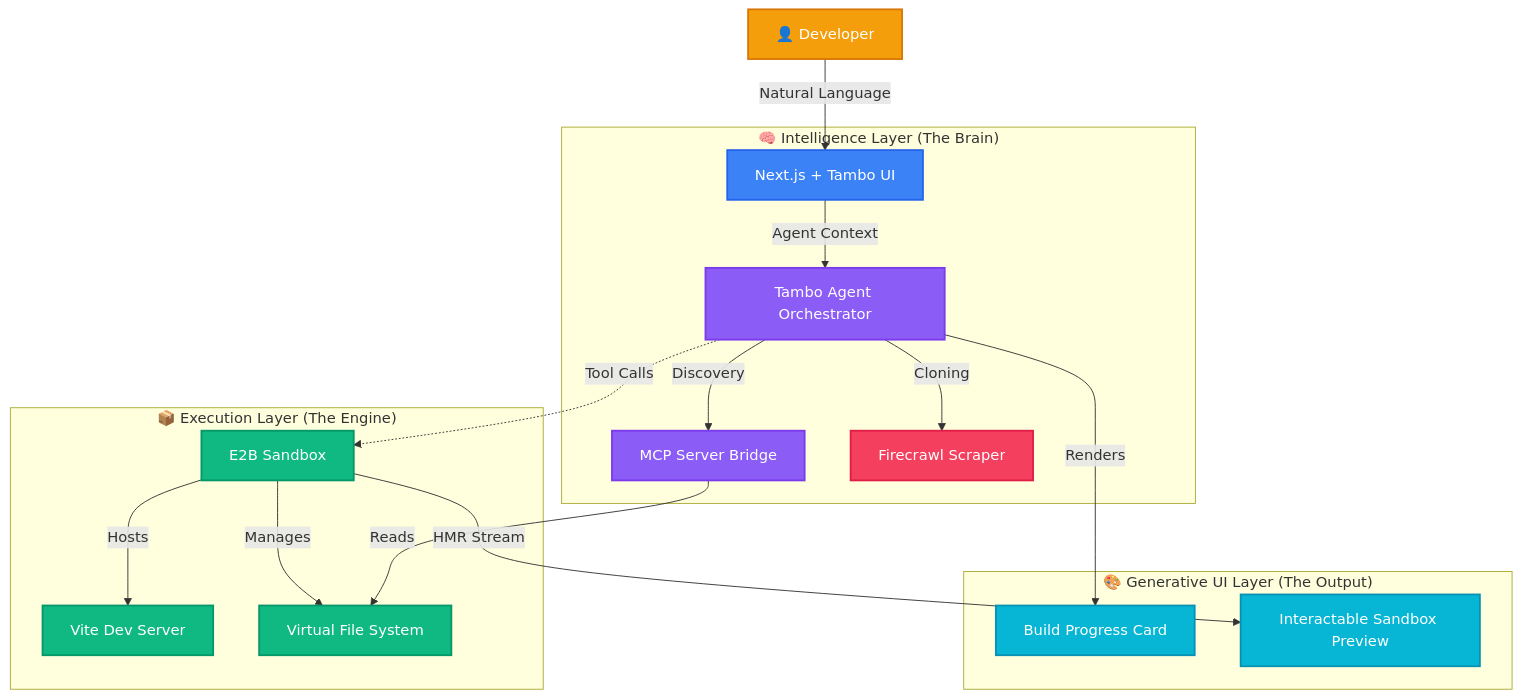
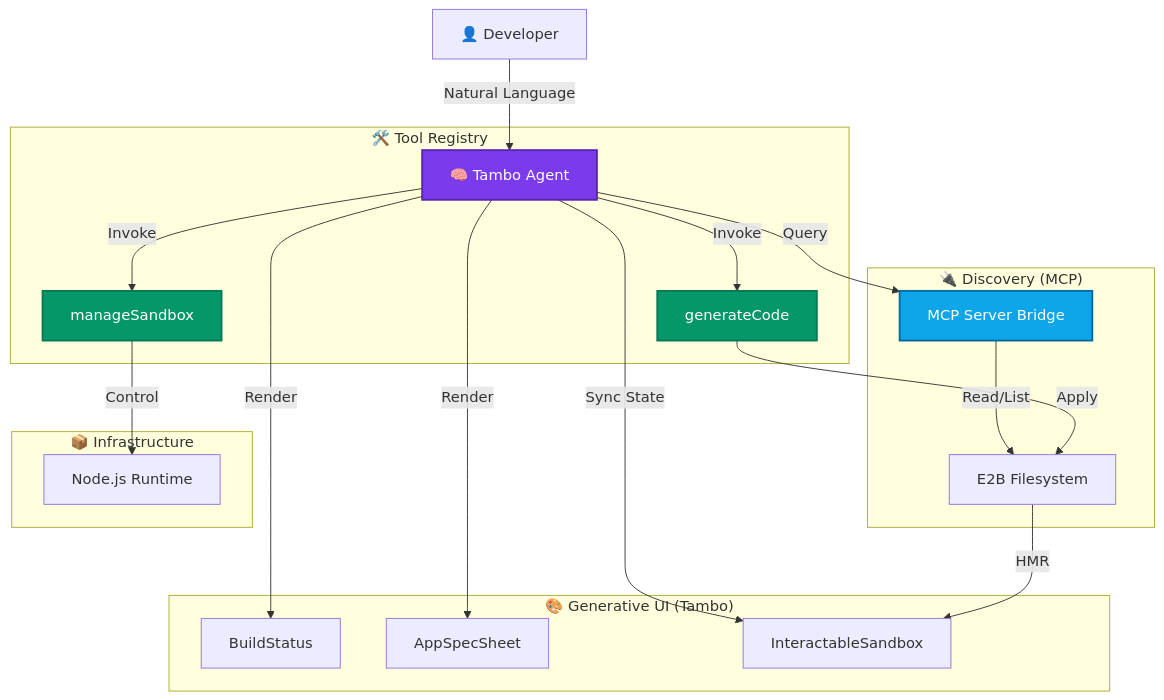
Before and after one commit to Sri-Krishna-V/Derived-WMD: the first of 2 diagrams in README.md, drawn with Mermaid. The commit also changed other lines of this file, not shown here.

````diff
--- a/README.md
+++ b/README.md
@@ -91,37 +91,34 @@
 ```mermaid
-graph TD
-    User[👤 Developer] -->|Natural Language| Frontend[Next.js + Tambo UI]
+graph TB
+    User[👤 Developer] -->|Natural Language| Agent[🧠 Tambo Agent]
     
-    subgraph "🧠 Intelligence Layer (The Brain)"
-        Frontend -->|Agent Context| TamboAgent[Tambo Agent Orchestrator]
-        TamboAgent -->|Discovery| MCP[MCP Server Bridge]
-        TamboAgent -->|Cloning| Firecrawl[Firecrawl Scraper]
+    subgraph "🛠️ Tool Registry"
+        Agent -->|Invoke| GC[generateCode]
+        Agent -->|Invoke| MS[manageSandbox]
     end
     
-    subgraph "📦 Execution Layer (The Engine)"
-        TamboAgent -.->|Tool Calls| E2B[E2B Sandbox]
-        E2B -->|Hosts| Vite[Vite Dev Server]
-        E2B -->|Manages| FS[Virtual File System]
-        MCP -->|Reads| FS
+    subgraph "🔌 Discovery (MCP)"
+        Agent -->|Query| MCPServer[MCP Server Bridge]
+        MCPServer -->|Read/List| FS[E2B Filesystem]
+    end
+    
+    subgraph "🎨 Generative UI (Tambo)"
+        Agent -->|Render| BS[BuildStatus]
+        Agent -->|Render| AS[AppSpecSheet]
+        Agent -->|Sync State| IS[InteractableSandbox]
+    end
+    
+    subgraph "📦 Infrastructure"
+        GC -->|Apply| FS
+        MS -->|Control| Node[Node.js Runtime]
+        FS -->|HMR| IS
     end
 
-    subgraph "🎨 Generative UI Layer (The Output)"
-        TamboAgent -->|Renders| BuildStatus[Build Progress Card]
-        E2B -->|HMR Stream| Preview[Interactable Sandbox Preview]
-    end
+    classDef agent fill:#7c3aed,stroke:#5b21b6,stroke-width:2px,color:#fff;
+    classDef tool fill:#059669,stroke:#047857,stroke-width:2px,color:#fff;
+    classDef mcp fill:#0ea5e9,stroke:#0369a1,stroke-width:2px,color:#fff;
     
-    %% Styling
-    classDef user fill:#f59e0b,stroke:#d97706,stroke-width:2px,color:#fff;
-    classDef frontend fill:#3b82f6,stroke:#2563eb,stroke-width:2px,color:#fff;
-    classDef agent fill:#8b5cf6,stroke:#7c3aed,stroke-width:2px,color:#fff;
-    classDef external fill:#f43f5e,stroke:#e11d48,stroke-width:2px,color:#fff;
-    classDef sandbox fill:#10b981,stroke:#059669,stroke-width:2px,color:#fff;
-    classDef ui fill:#06b6d4,stroke:#0891b2,stroke-width:2px,color:#fff;
-
-    class User user;
-    class Frontend frontend;
-    class TamboAgent,MCP agent;
-    class Firecrawl external;
-    class E2B,Vite,FS sandbox;
-    class BuildStatus,Preview ui;
+    class Agent agent;
+    class GC,MS tool;
+    class MCPServer mcp;
 ```
````
